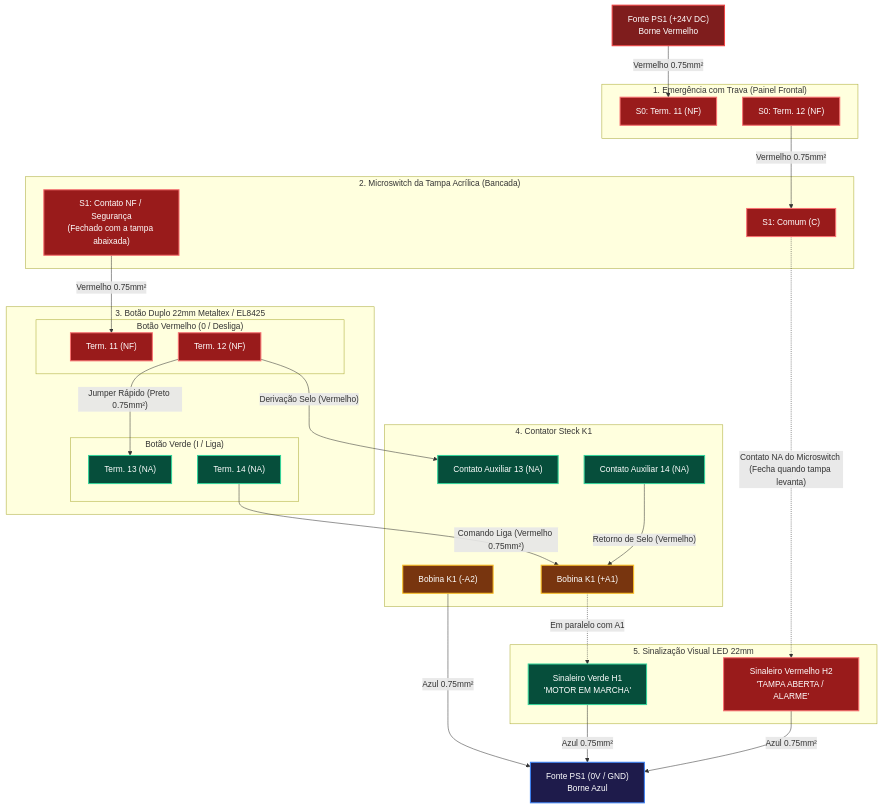
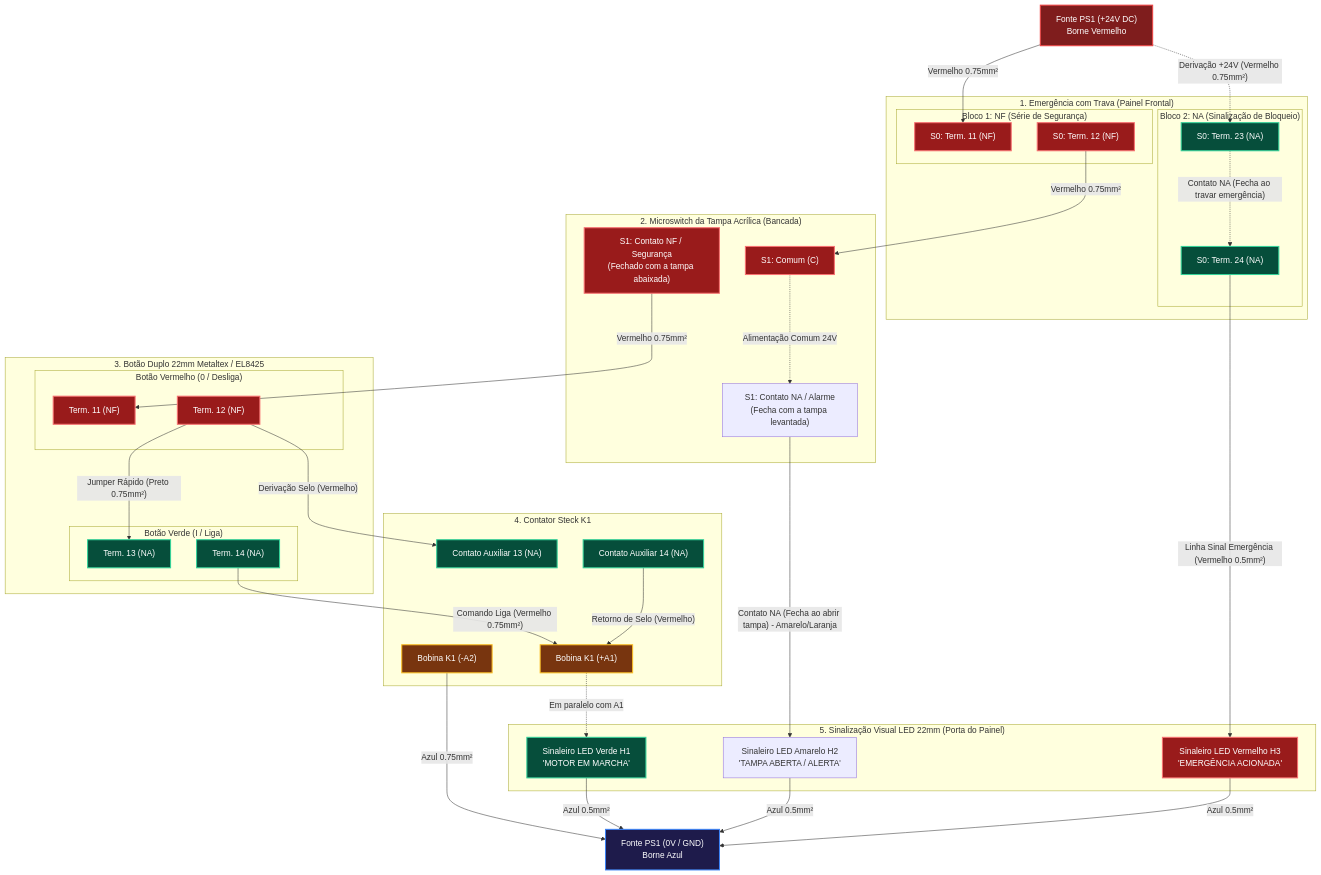
Before and after one commit to Andre-Macedo/amemiya: the fourth of 5 diagrams in docs/iot/DIAGRAMAS_ELETRICOS_UNIFILAR_MULTIFILAR.md, drawn with Mermaid. The commit also changed other lines of this file and 1 other file, not shown here.

Commit message:
docs(painel): update pilot lights signaling to Red for Emergency and Yellow for Open Lid per IEC 60204-1

````diff
--- a/docs/iot/DIAGRAMAS_ELETRICOS_UNIFILAR_MULTIFILAR.md
+++ b/docs/iot/DIAGRAMAS_ELETRICOS_UNIFILAR_MULTIFILAR.md
@@ -157,13 +157,20 @@
     FONTE_NEG["Fonte PS1 (0V / GND)<br/>Borne Azul"]:::dc_neg
 
     subgraph SEGURANCA_EMERGENCIA["1. Emergência com Trava (Painel Frontal)"]
-        S0_11["S0: Term. 11 (NF)"]:::safe
-        S0_12["S0: Term. 12 (NF)"]:::safe
+        subgraph BLOCO_EMERG_NF["Bloco 1: NF (Série de Segurança)"]
+            S0_11["S0: Term. 11 (NF)"]:::safe
+            S0_12["S0: Term. 12 (NF)"]:::safe
+        end
+        subgraph BLOCO_EMERG_NA["Bloco 2: NA (Sinalização de Bloqueio)"]
+            S0_23["S0: Term. 23 (NA)"]:::button
+            S0_24["S0: Term. 24 (NA)"]:::button
+        end
     end
 
     subgraph SEGURANCA_TAMPA["2. Microswitch da Tampa Acrílica (Bancada)"]
         S1_C["S1: Comum (C)"]:::safe
         S1_NC["S1: Contato NF / Segurança<br/>(Fechado com a tampa abaixada)"]:::safe
+        S1_NO["S1: Contato NA / Alarme<br/>(Fecha com a tampa levantada)"]:::ctrl
     end
 
     subgraph BOTAO_DUPLO_22MM["3. Botão Duplo 22mm Metaltex / EL8425"]
@@ -184,9 +191,10 @@
         K1_A2["Bobina K1 (-A2)"]:::coil
     end
 
-    subgraph SINALIZACAO["5. Sinalização Visual LED 22mm"]
-        H1_LED["Sinaleiro Verde H1<br/>'MOTOR EM MARCHA'"]:::button
-        H2_LED["Sinaleiro Vermelho H2<br/>'TAMPA ABERTA / ALARME'"]:::safe
+    subgraph SINALIZACAO["5. Sinalização Visual LED 22mm (Porta do Painel)"]
+        H1_LED["Sinaleiro LED Verde H1<br/>'MOTOR EM MARCHA'"]:::button
+        H2_LED["Sinaleiro LED Amarelo H2<br/>'TAMPA ABERTA / ALERTA'"]:::ctrl
+        H3_LED["Sinaleiro LED Vermelho H3<br/>'EMERGÊNCIA ACIONADA'"]:::safe
     end
 
     %% Fiação do Circuito de Segurança em Série
@@ -209,11 +217,18 @@
     %% Fechamento do Neutro DC (0V)
     K1_A2 -->|"Azul 0.75mm²"| FONTE_NEG
 
-    %% Lógica do Sinaleiro Verde (Motor Ligado)
+    %% Lógica do Sinaleiro Verde H1 (Motor Ligado)
     K1_A1 -.->|"Em paralelo com A1"| H1_LED
-    H1_LED -->|"Azul 0.75mm²"| FONTE_NEG
+    H1_LED -->|"Azul 0.5mm²"| FONTE_NEG
 
-    %% Lógica do Sinaleiro Vermelho (Tampa Aberta)
-    S1_C -.->|"Contato NA do Microswitch (Fecha quando tampa levanta)"| H2_LED
-    H2_LED -->|"Azul 0.75mm²"| FONTE_NEG
+    %% Lógica do Sinaleiro Amarelo H2 (Tampa Aberta / Alerta)
+    S1_C -.->|"Alimentação Comum 24V"| S1_NO
+    S1_NO -->|"Contato NA (Fecha ao abrir tampa) - Amarelo/Laranja"| H2_LED
+    H2_LED -->|"Azul 0.5mm²"| FONTE_NEG
+
+    %% Lógica do Sinaleiro Vermelho H3 (Emergência Acionada / Perigo)
+    FONTE_POS -.->|"Derivação +24V (Vermelho 0.75mm²)"| S0_23
+    S0_23 -.->|"Contato NA (Fecha ao travar emergência)"| S0_24
+    S0_24 -->|"Linha Sinal Emergência (Vermelho 0.5mm²)"| H3_LED
+    H3_LED -->|"Azul 0.5mm²"| FONTE_NEG
 ```
````
